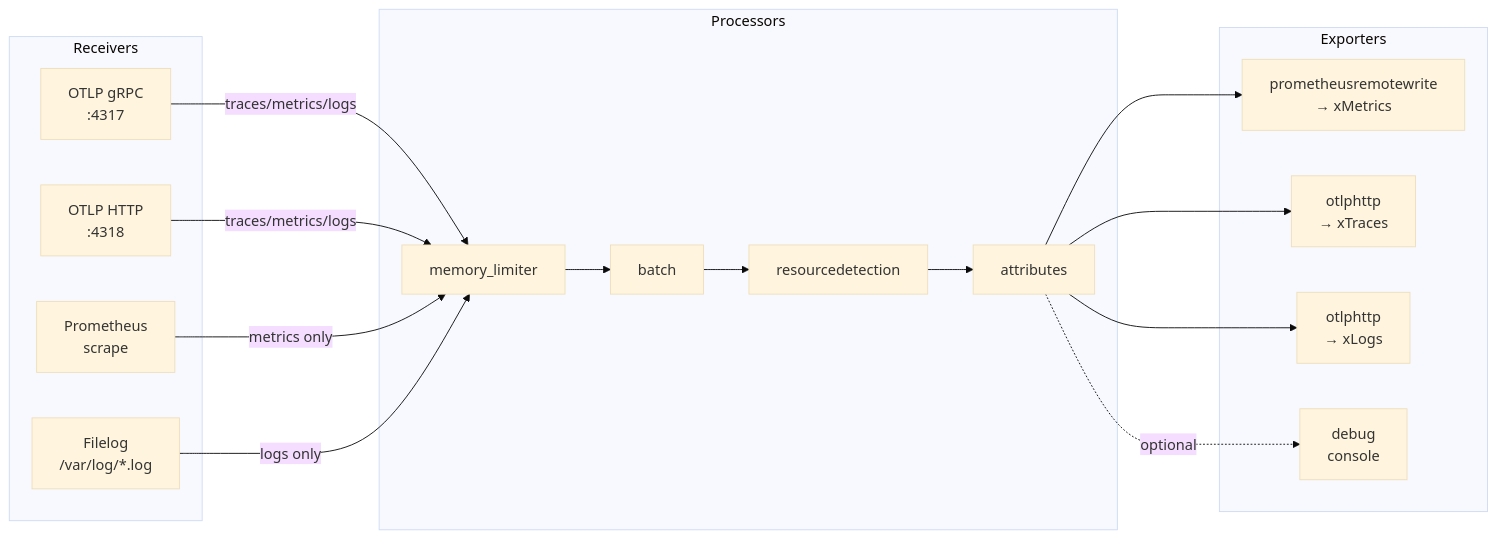
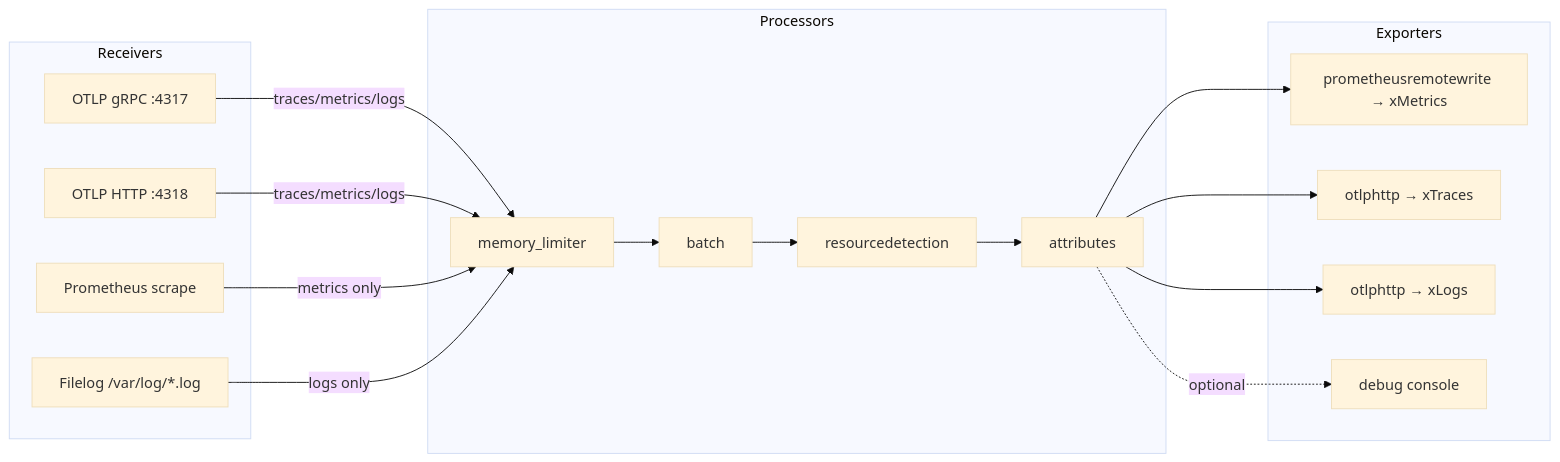
One commit to xscaler/training changed the diagram in docs/session-2/collector-components.md. Above: the diagram before and after it, drawn with Mermaid (base theme). The commit also changed other lines of this file and 38 other files, not shown here.

First line of the commit message:
Remove internal content, fix Mermaid diagrams, and rewrite labs as customer-facing exercises

````diff
--- a/docs/session-2/collector-components.md
+++ b/docs/session-2/collector-components.md
@@ -14,27 +14,27 @@
 ```mermaid
 graph LR
     subgraph Receivers
-        R1[OTLP gRPC\n:4317]
-        R2[OTLP HTTP\n:4318]
-        R3[Prometheus\nscrape]
-        R4[Filelog\n/var/log/*.log]
+        R1[OTLP gRPC :4317]
+        R2[OTLP HTTP :4318]
+        R3[Prometheus scrape]
+        R4[Filelog /var/log/*.log]
     end
     subgraph Processors
         P1[memory_limiter]
         P2[batch]
         P3[resourcedetection]
         P4[attributes]
     end
     subgraph Exporters
-        E1[prometheusremotewrite\n→ xMetrics]
-        E2[otlphttp\n→ xTraces]
-        E3[otlphttp\n→ xLogs]
-        E4[debug\nconsole]
+        E1[prometheusremotewrite → xMetrics]
+        E2[otlphttp → xTraces]
+        E3[otlphttp → xLogs]
+        E4[debug console]
     end
 
     R1 & R2 -->|traces/metrics/logs| P1 --> P2 --> P3 --> P4
     P4 --> E1 & E2 & E3
     R3 -->|metrics only| P1
     R4 -->|logs only| P1
     P4 -.->|optional| E4
 ```
````
